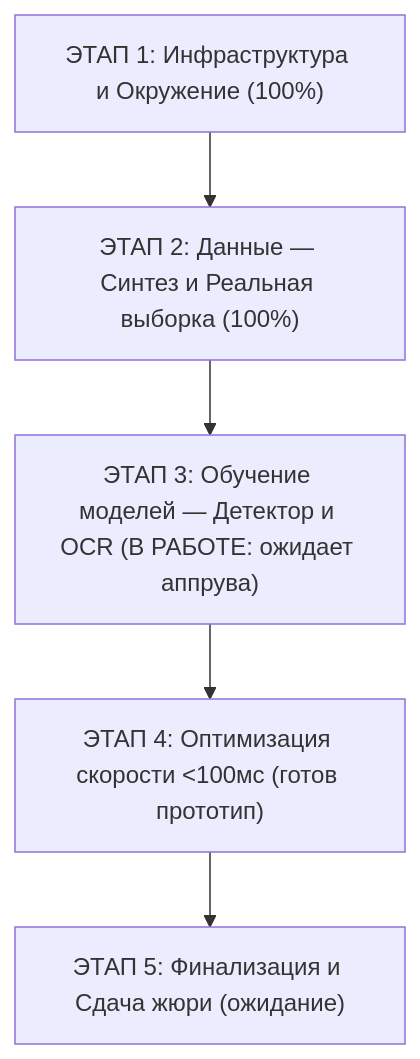
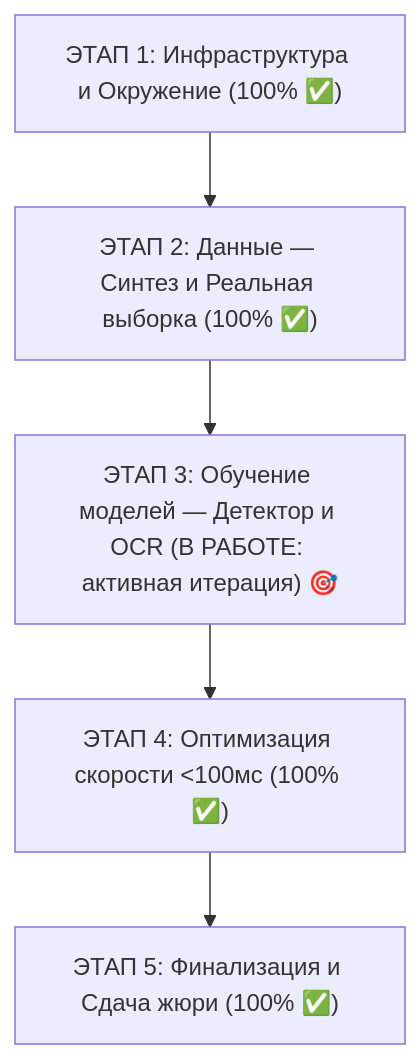
One commit to Vamsilver/OmniPlate-RU changed the diagram in MASTER_PLAN.md. Above: the diagram before and after it, drawn with Mermaid. The commit also changed other lines of this file and 126 other files, not shown here.

````diff
--- a/MASTER_PLAN.md
+++ b/MASTER_PLAN.md
@@ -9,7 +9,7 @@
 ```mermaid
 flowchart TD
-    S1["ЭТАП 1: Инфраструктура и Окружение (100%)"] --> S2["ЭТАП 2: Данные — Синтез и Реальная выборка (100%)"]
-    S2 --> S3["ЭТАП 3: Обучение моделей — Детектор и OCR (В РАБОТЕ: ожидает аппрува)"]
-    S3 --> S4["ЭТАП 4: Оптимизация скорости <100мс (готов прототип)"]
-    S4 --> S5["ЭТАП 5: Финализация и Сдача жюри (ожидание)"]
+    S1["ЭТАП 1: Инфраструктура и Окружение (100% ✅)"] --> S2["ЭТАП 2: Данные — Синтез и Реальная выборка (100% ✅)"]
+    S2 --> S3["ЭТАП 3: Обучение моделей — Детектор и OCR (В РАБОТЕ: активная итерация) 🎯"]
+    S3 --> S4["ЭТАП 4: Оптимизация скорости <100мс (100% ✅)"]
+    S4 --> S5["ЭТАП 5: Финализация и Сдача жюри (100% ✅)"]
 ```
````
